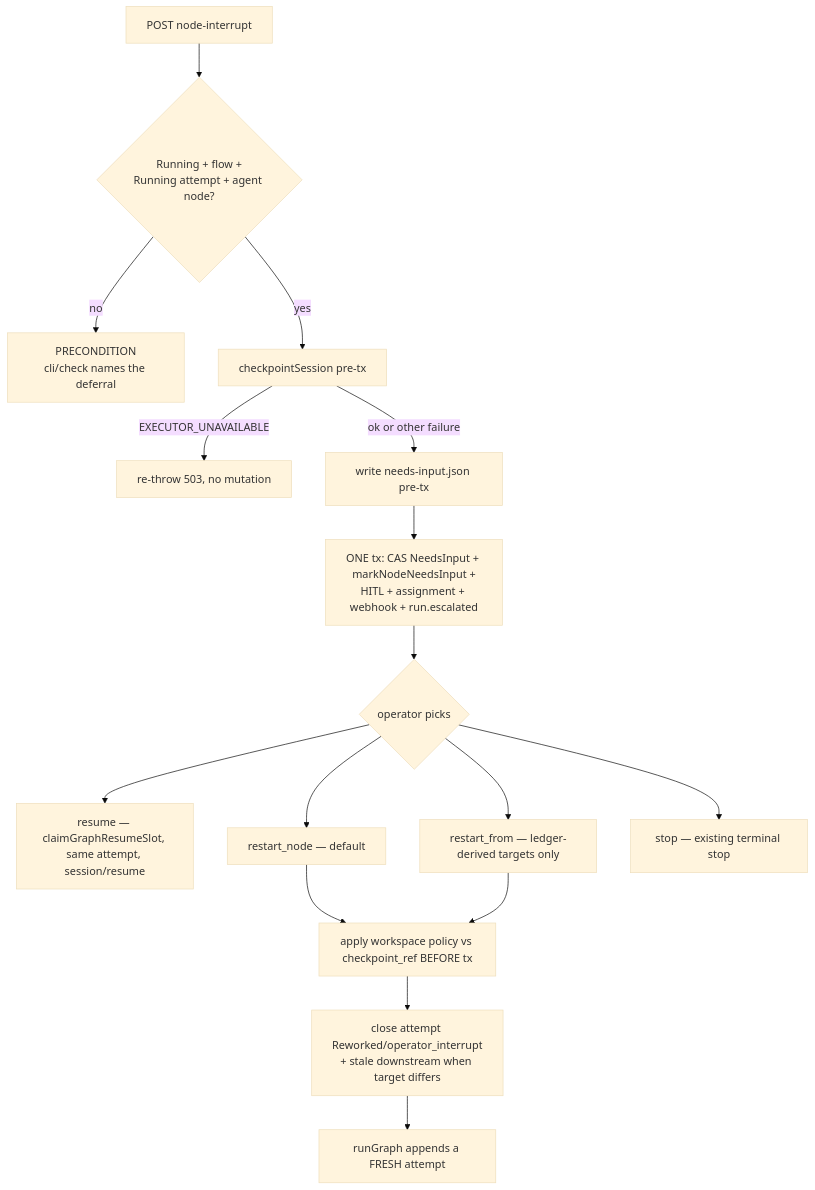
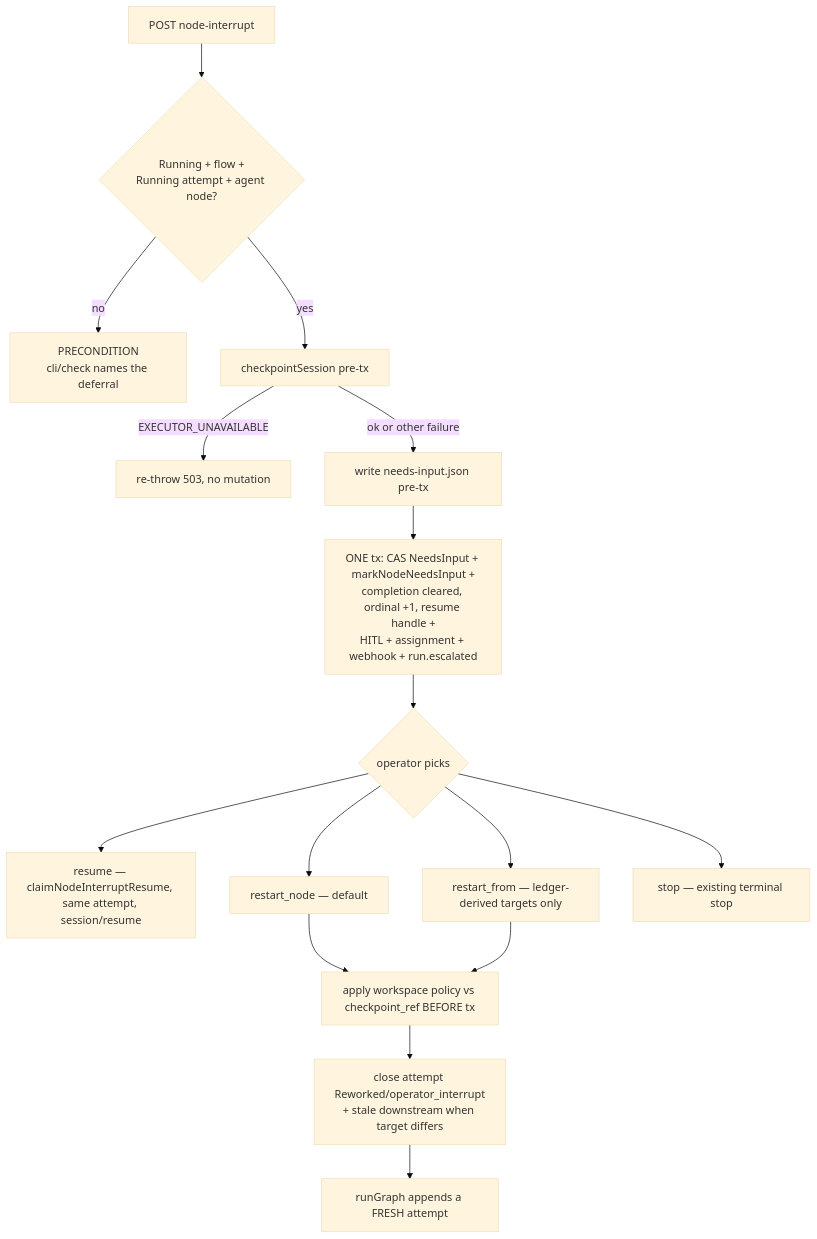
One commit to maister-dev/maister changed the fifth of 6 diagrams in docs/system-analytics/run-continuation.md. Above: the diagram before and after it, drawn with Mermaid (base theme). The commit also changed other lines of this file and 29 other files, not shown here.

````diff
--- a/docs/system-analytics/run-continuation.md
+++ b/docs/system-analytics/run-continuation.md
@@ -144,18 +148,18 @@
 ```mermaid
 flowchart TD
     A[POST node-interrupt] --> B{Running + flow +<br/>Running attempt + agent node?}
     B -- no --> C[PRECONDITION<br/>cli/check names the deferral]
     B -- yes --> D[checkpointSession pre-tx]
     D -- EXECUTOR_UNAVAILABLE --> E[re-throw 503, no mutation]
     D -- ok or other failure --> F[write needs-input.json pre-tx]
-    F --> G[ONE tx: CAS NeedsInput + markNodeNeedsInput +<br/>HITL + assignment + webhook + run.escalated]
+    F --> G[ONE tx: CAS NeedsInput + markNodeNeedsInput +<br/>completion cleared, ordinal +1, resume handle +<br/>HITL + assignment + webhook + run.escalated]
     G --> H{operator picks}
-    H --> I[resume — claimGraphResumeSlot, same attempt, session/resume]
+    H --> I[resume — claimNodeInterruptResume, same attempt, session/resume]
     H --> J[restart_node — default]
     H --> K[restart_from — ledger-derived targets only]
     H --> L[stop — existing terminal stop]
     J --> M[apply workspace policy vs checkpoint_ref BEFORE tx]
     K --> M
     M --> N[close attempt Reworked/operator_interrupt<br/>+ stale downstream when target differs]
     N --> O[runGraph appends a FRESH attempt]
 ```
````
